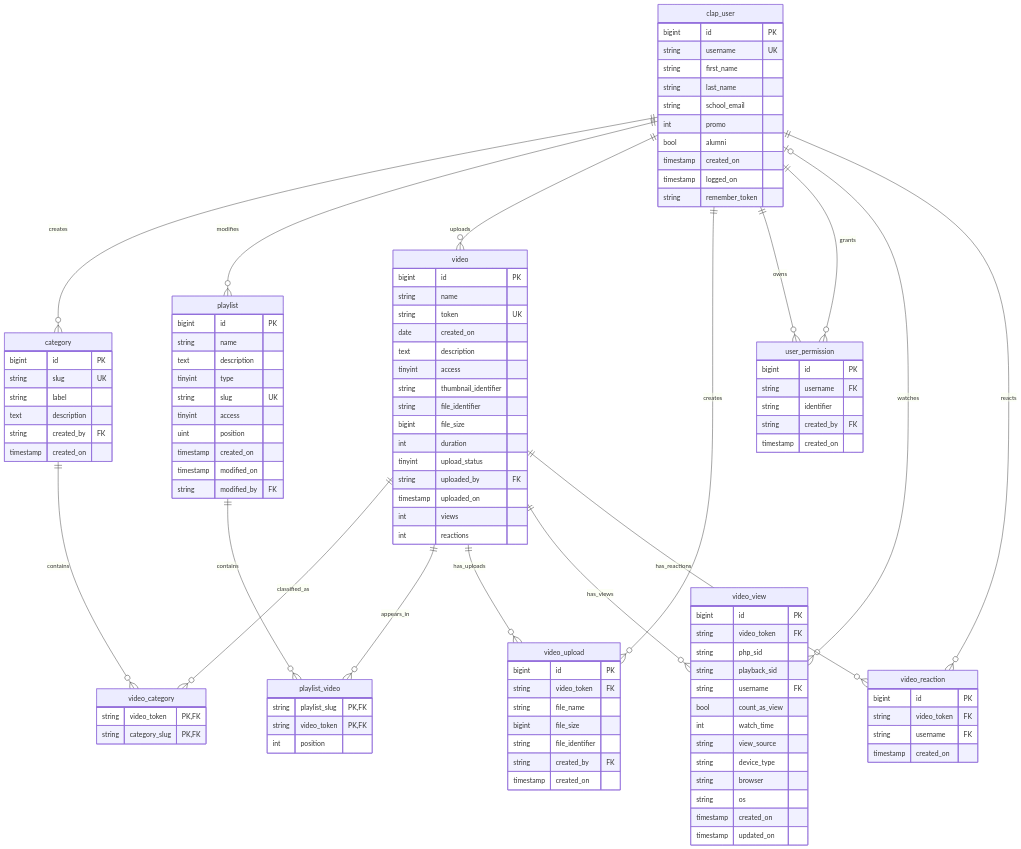
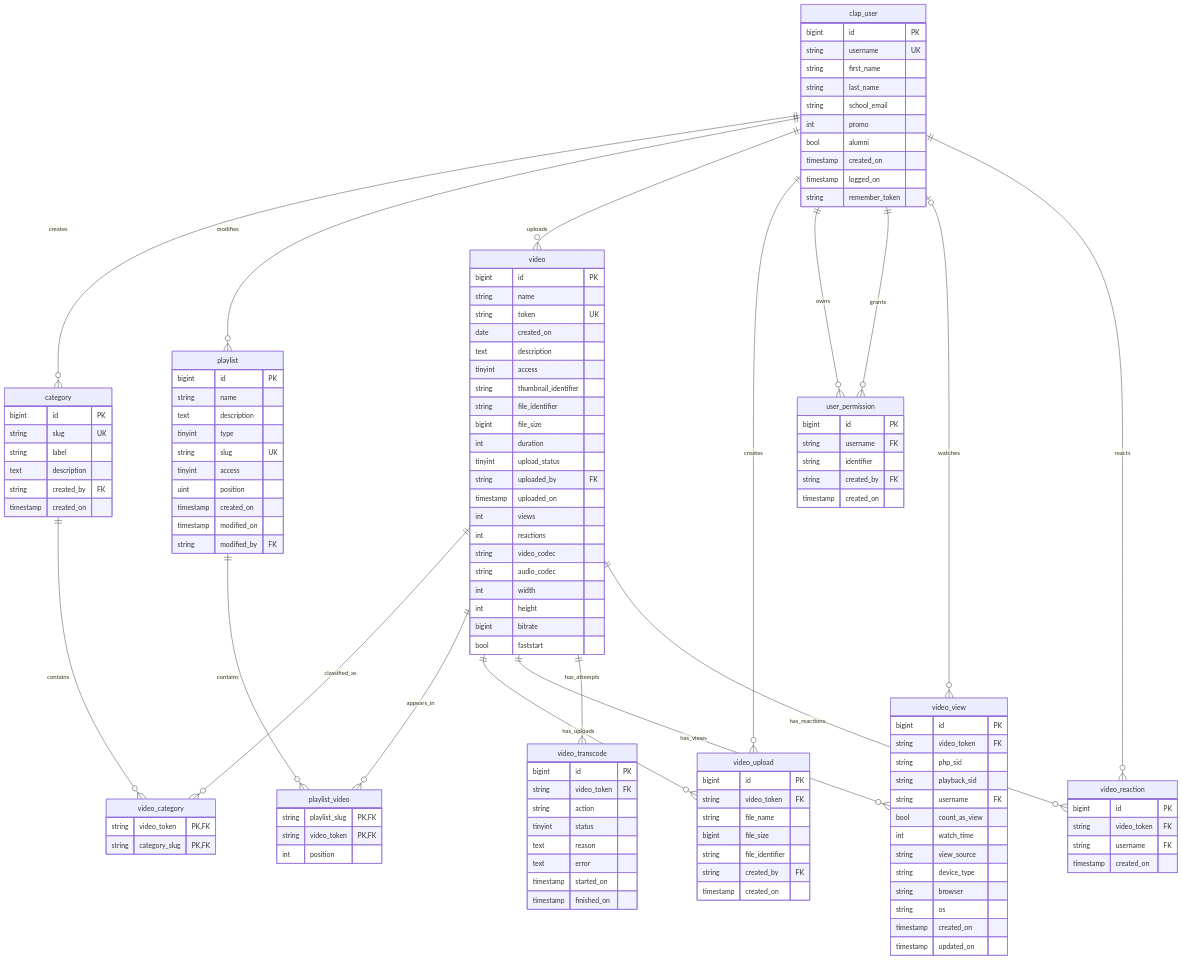
One commit to le-clap/myclap changed the diagram in README.md. Above: the diagram before and after it, drawn with Mermaid. The commit also changed other lines of this file and 32 other files, not shown here.

````diff
--- a/README.md
+++ b/README.md
@@ -121,6 +171,5 @@
 ```mermaid
 erDiagram
-
     clap_user {
         bigint id PK
         string username UK
@@ -172,16 +221,33 @@
         timestamp uploaded_on
         int views
         int reactions
+        string video_codec
+        string audio_codec
+        int width
+        int height
+        bigint bitrate
+        bool faststart
+    }
+
+    video_transcode {
+        bigint id PK
+        string video_token FK
+        string action
+        tinyint status
+        text reason
+        text error
+        timestamp started_on
+        timestamp finished_on
     }
 
     video_category {
-        string video_token PK,FK
-        string category_slug PK,FK
+        string video_token PK, FK
+        string category_slug PK, FK
     }
 
     playlist_video {
-        string playlist_slug PK,FK
-        string video_token PK,FK
+        string playlist_slug PK, FK
+        string video_token PK, FK
         int position
     }
 
@@ -226,30 +292,20 @@
         timestamp created_on
     }
 
-    clap_user ||--o{ category : creates
-
-    clap_user ||--o{ playlist : modifies
-
-    clap_user ||--o{ video : uploads
-
-    clap_user ||--o{ video_upload : creates
-
-    clap_user ||--o{ user_permission : owns
-    clap_user ||--o{ user_permission : grants
-
-    clap_user o|--o{ video_view : watches
-
-    clap_user ||--o{ video_reaction : reacts
-
-    category ||--o{ video_category : contains
-    video ||--o{ video_category : classified_as
-
-    playlist ||--o{ playlist_video : contains
-    video ||--o{ playlist_video : appears_in
-
-    video ||--o{ video_upload : has_uploads
-
-    video ||--o{ video_view : has_views
-
-    video ||--o{ video_reaction : has_reactions
+    clap_user ||--o{ category: creates
+    clap_user ||--o{ playlist: modifies
+    clap_user ||--o{ video: uploads
+    clap_user ||--o{ video_upload: creates
+    clap_user ||--o{ user_permission: owns
+    clap_user ||--o{ user_permission: grants
+    clap_user o|--o{ video_view: watches
+    clap_user ||--o{ video_reaction: reacts
+    category ||--o{ video_category: contains
+    video ||--o{ video_category: classified_as
+    playlist ||--o{ playlist_video: contains
+    video ||--o{ playlist_video: appears_in
+    video ||--o{ video_upload: has_uploads
+    video ||--o{ video_view: has_views
+    video ||--o{ video_transcode: has_attempts
+    video ||--o{ video_reaction: has_reactions
 ```
````
